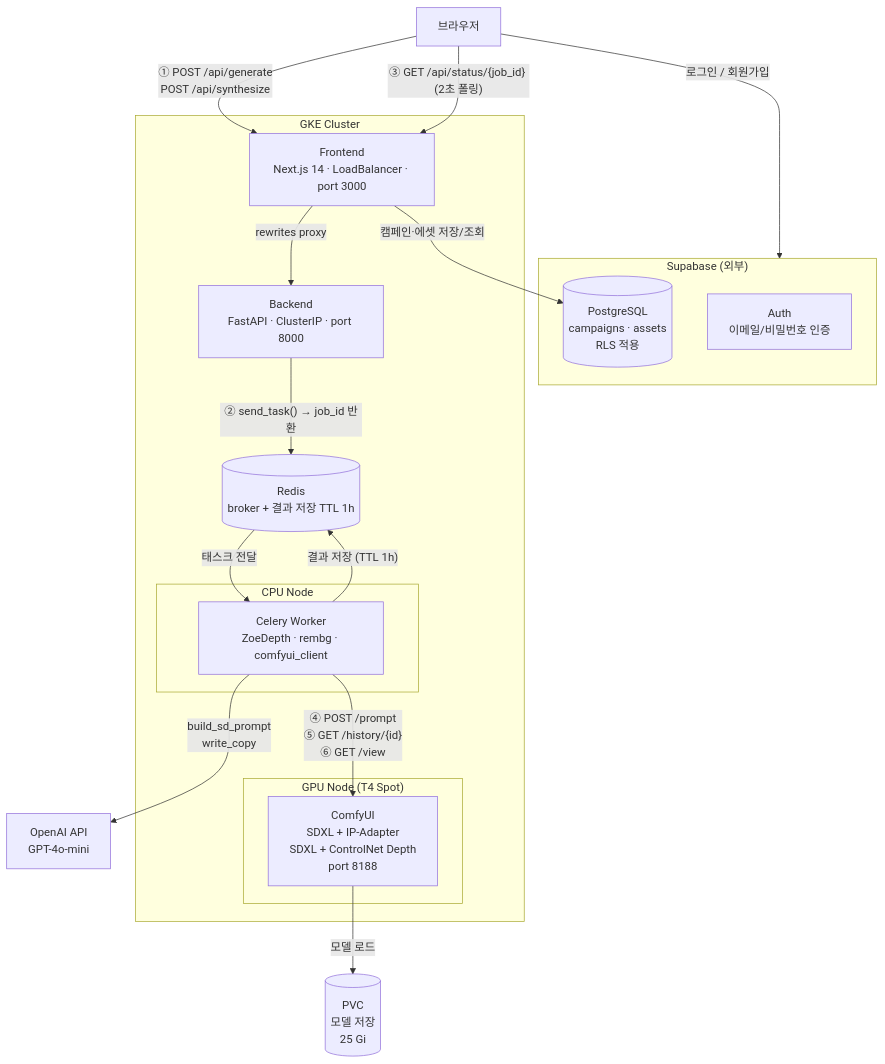
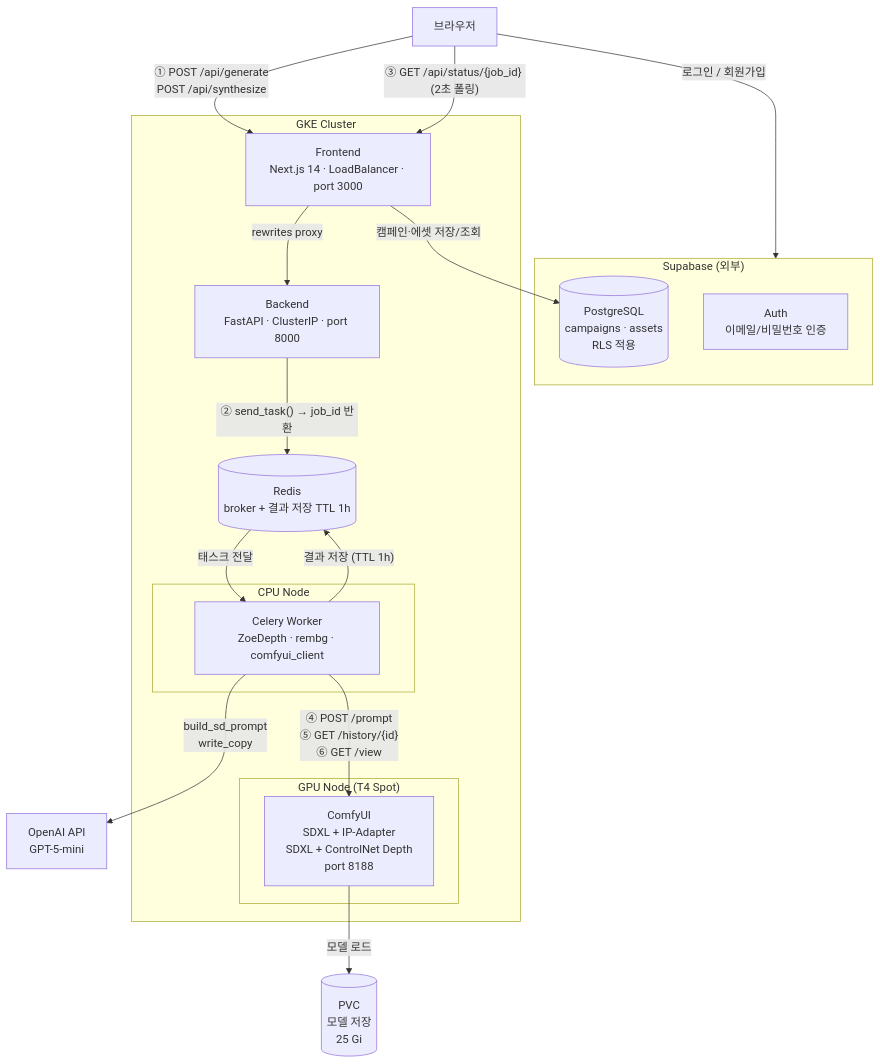
Before and after one commit to bykim0119/ADGenService_team7: the first of 5 diagrams in docs/arch.md, drawn with Mermaid. The commit also changed other lines of this file and 12 other files, not shown here.

````diff
--- a/docs/arch.md
+++ b/docs/arch.md
@@ -5,38 +5,38 @@
 ```mermaid
 flowchart TD
     Browser["브라우저"]
 
     subgraph SUPA["Supabase (외부)"]
         AUTH["Auth\n이메일/비밀번호 인증"]
         DB[("PostgreSQL\ncampaigns · assets\nRLS 적용")]
     end
 
     subgraph GKE["GKE Cluster"]
         FE["Frontend\nNext.js 14 · LoadBalancer · port 3000"]
         BE["Backend\nFastAPI · ClusterIP · port 8000"]
         RD[("Redis\nbroker + 결과 저장 TTL 1h")]
 
         subgraph CPU["CPU Node"]
             WK["Celery Worker\nZoeDepth · rembg · comfyui_client"]
         end
 
         subgraph GPU["GPU Node (T4 Spot)"]
             CUI["ComfyUI\nSDXL + IP-Adapter\nSDXL + ControlNet Depth\nport 8188"]
         end
     end
 
-    OAI["OpenAI API\nGPT-4o-mini"]
+    OAI["OpenAI API\nGPT-5-mini"]
     PVC[("PVC\n모델 저장\n25 Gi")]
 
     Browser -- "로그인 / 회원가입" --> SUPA
     Browser -- "① POST /api/generate\n   POST /api/synthesize" --> FE
     Browser -- "③ GET /api/status/{job_id} (2초 폴링)" --> FE
     FE -- "rewrites proxy" --> BE
     FE -- "캠페인·에셋 저장/조회" --> DB
     BE -- "② send_task() → job_id 반환" --> RD
     RD -- "태스크 전달" --> WK
     WK -- "결과 저장 (TTL 1h)" --> RD
     WK -- "build_sd_prompt\nwrite_copy" --> OAI
     WK -- "④ POST /prompt\n⑤ GET /history/{id}\n⑥ GET /view" --> CUI
     CUI -- "모델 로드" --> PVC
 ```
````
